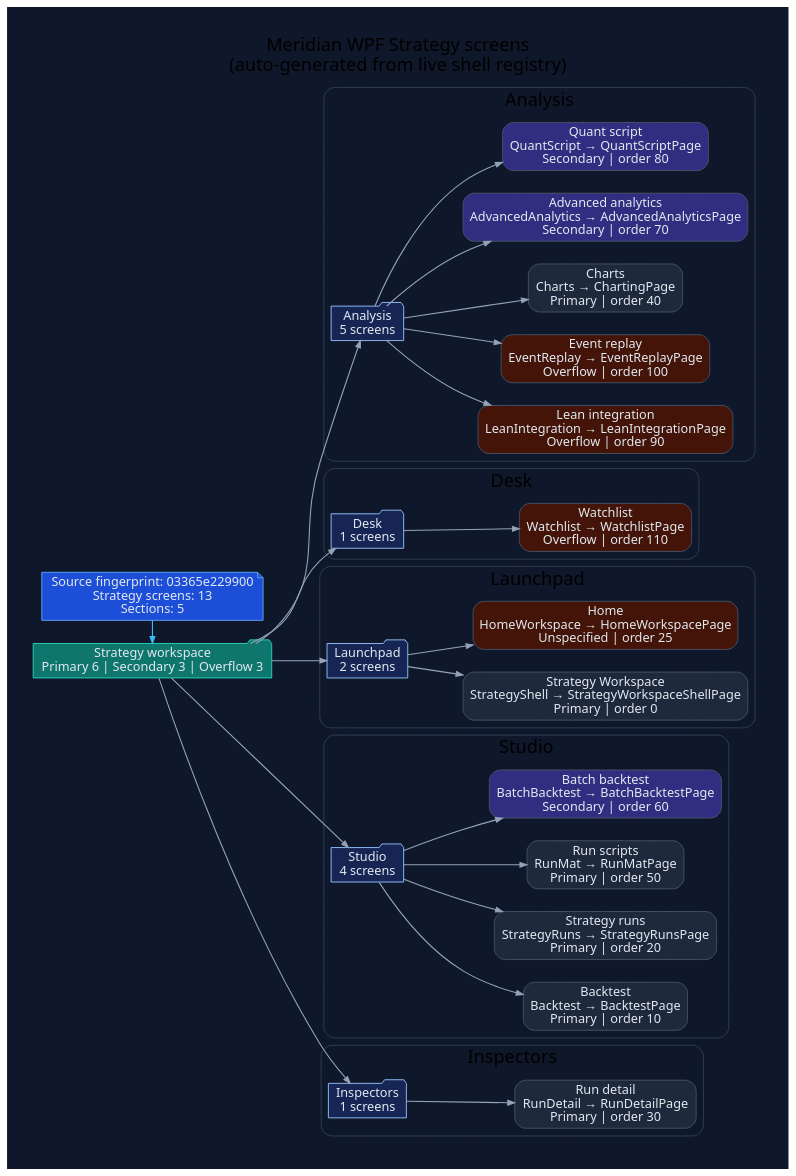
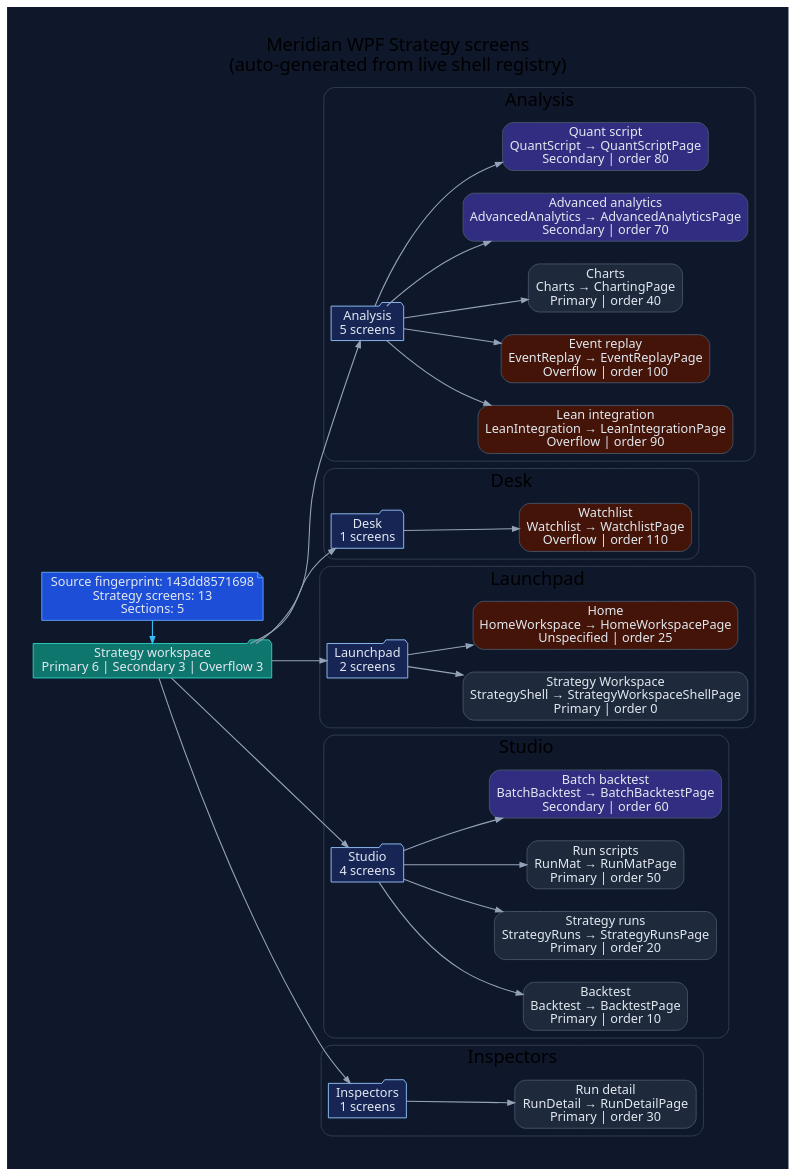
The diagram in docs/diagrams/ui/ui-wpf-screens-strategy.dot (rodoHasArrived/Meridian-main), drawn with Graphviz before and after one commit. The commit also changed 48 other files, not shown here.

First line of the commit message:
Retitle Evidence Workbench navigation text and regenerate UI diagrams

```diff
--- a/docs/diagrams/ui/ui-wpf-screens-strategy.dot
+++ b/docs/diagrams/ui/ui-wpf-screens-strategy.dot
@@ -1,92 +1,92 @@
 // -----------------------------------------------------------------------------
 // <auto-generated>
 // Generated by scripts/generate-diagrams.mjs.
 // Do not edit this file directly; update the WPF source files instead.
 // -----------------------------------------------------------------------------
 digraph WpfStrategyScreens {
   graph [
     rankdir=LR,
     labelloc=t,
     label="Meridian WPF Strategy screens\n(auto-generated from live shell registry)",
     fontname="Segoe UI",
     fontsize=20,
     pad=0.4,
     nodesep=0.35,
     ranksep=0.85,
     bgcolor="#0f172a"
   ];
   node [fontname="Segoe UI", shape=box, style="rounded,filled", color="#475569", fontcolor="#e2e8f0", fillcolor="#1e293b"];
   edge [fontname="Segoe UI", color="#94a3b8", penwidth=1.2, arrowsize=0.75];
 
-  generated [shape=note, fillcolor="#1d4ed8", color="#60a5fa", label="Source fingerprint: 03365e229900\nStrategy screens: 13\nSections: 5"];
+  generated [shape=note, fillcolor="#1d4ed8", color="#60a5fa", label="Source fingerprint: 143dd8571698\nStrategy screens: 13\nSections: 5"];
   workspace [shape=folder, fillcolor="#0f766e", color="#2dd4bf", label="Strategy workspace\nPrimary 6 | Secondary 3 | Overflow 3"];
   generated -> workspace [color="#38bdf8"];
 
   subgraph cluster_section_1 {
     label="Analysis";
     color="#334155";
     style="rounded";
     section_1 [shape=folder, fillcolor="#172554", color="#93c5fd", label="Analysis\n5 screens"];
     workspace -> section_1;
     screen_LeanIntegration [fillcolor="#431407", label="Lean integration\nLeanIntegration → LeanIntegrationPage\nOverflow | order 90"];
     section_1 -> screen_LeanIntegration;
     screen_EventReplay [fillcolor="#431407", label="Event replay\nEventReplay → EventReplayPage\nOverflow | order 100"];
     section_1 -> screen_EventReplay;
     screen_Charts [fillcolor="#1e293b", label="Charts\nCharts → ChartingPage\nPrimary | order 40"];
     section_1 -> screen_Charts;
     screen_AdvancedAnalytics [fillcolor="#312e81", label="Advanced analytics\nAdvancedAnalytics → AdvancedAnalyticsPage\nSecondary | order 70"];
     section_1 -> screen_AdvancedAnalytics;
     screen_QuantScript [fillcolor="#312e81", label="Quant script\nQuantScript → QuantScriptPage\nSecondary | order 80"];
     section_1 -> screen_QuantScript;
   }
 
   subgraph cluster_section_2 {
     label="Desk";
     color="#334155";
     style="rounded";
     section_2 [shape=folder, fillcolor="#172554", color="#93c5fd", label="Desk\n1 screens"];
     workspace -> section_2;
     screen_Watchlist [fillcolor="#431407", label="Watchlist\nWatchlist → WatchlistPage\nOverflow | order 110"];
     section_2 -> screen_Watchlist;
   }
 
   subgraph cluster_section_3 {
     label="Launchpad";
     color="#334155";
     style="rounded";
     section_3 [shape=folder, fillcolor="#172554", color="#93c5fd", label="Launchpad\n2 screens"];
     workspace -> section_3;
     screen_StrategyShell [fillcolor="#1e293b", label="Strategy Workspace\nStrategyShell → StrategyWorkspaceShellPage\nPrimary | order 0"];
     section_3 -> screen_StrategyShell;
     screen_HomeWorkspace [fillcolor="#431407", label="Home\nHomeWorkspace → HomeWorkspacePage\nUnspecified | order 25"];
     section_3 -> screen_HomeWorkspace;
   }
 
   subgraph cluster_section_4 {
     label="Studio";
     color="#334155";
     style="rounded";
     section_4 [shape=folder, fillcolor="#172554", color="#93c5fd", label="Studio\n4 screens"];
     workspace -> section_4;
     screen_Backtest [fillcolor="#1e293b", label="Backtest\nBacktest → BacktestPage\nPrimary | order 10"];
     section_4 -> screen_Backtest;
     screen_StrategyRuns [fillcolor="#1e293b", label="Strategy runs\nStrategyRuns → StrategyRunsPage\nPrimary | order 20"];
     section_4 -> screen_StrategyRuns;
     screen_RunMat [fillcolor="#1e293b", label="Run scripts\nRunMat → RunMatPage\nPrimary | order 50"];
     section_4 -> screen_RunMat;
     screen_BatchBacktest [fillcolor="#312e81", label="Batch backtest\nBatchBacktest → BatchBacktestPage\nSecondary | order 60"];
     section_4 -> screen_BatchBacktest;
   }
 
   subgraph cluster_section_5 {
     label="Inspectors";
     color="#334155";
     style="rounded";
     section_5 [shape=folder, fillcolor="#172554", color="#93c5fd", label="Inspectors\n1 screens"];
     workspace -> section_5;
     screen_RunDetail [fillcolor="#1e293b", label="Run detail\nRunDetail → RunDetailPage\nPrimary | order 30"];
     section_5 -> screen_RunDetail;
   }
 
   { rank=min; generated; workspace; }
 }
```
